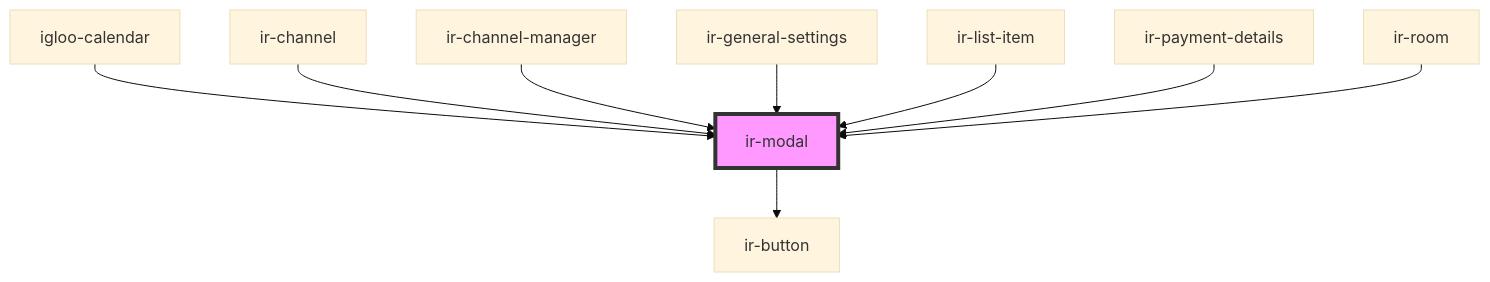
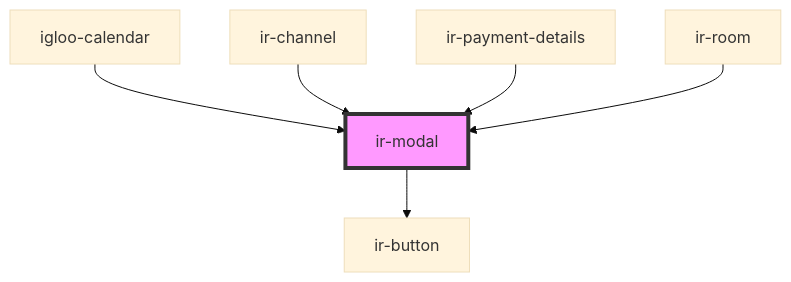
One commit to David1Chowaifaty/modified-ir-webcmp changed the diagram in src/components/ir-modal/readme.md. Above: the diagram before and after it, drawn with Mermaid (base theme). The commit also changed other lines of this file and 47 other files, not shown here.

````diff
--- a/src/components/ir-modal/readme.md
+++ b/src/components/ir-modal/readme.md
@@ -74,12 +71,9 @@
 ```mermaid
 graph TD;
   ir-modal --> ir-button
   igloo-calendar --> ir-modal
   ir-channel --> ir-modal
-  ir-channel-manager --> ir-modal
-  ir-general-settings --> ir-modal
-  ir-list-item --> ir-modal
   ir-payment-details --> ir-modal
   ir-room --> ir-modal
   style ir-modal fill:#f9f,stroke:#333,stroke-width:4px
 ```
````
